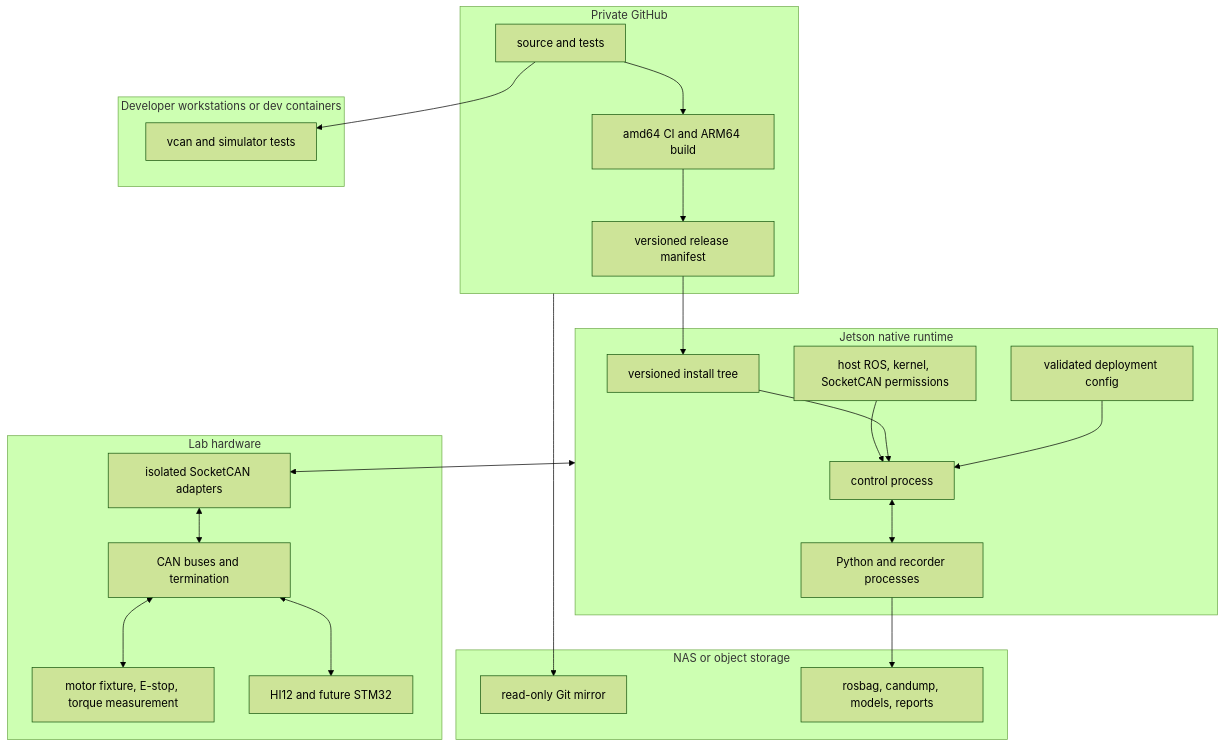
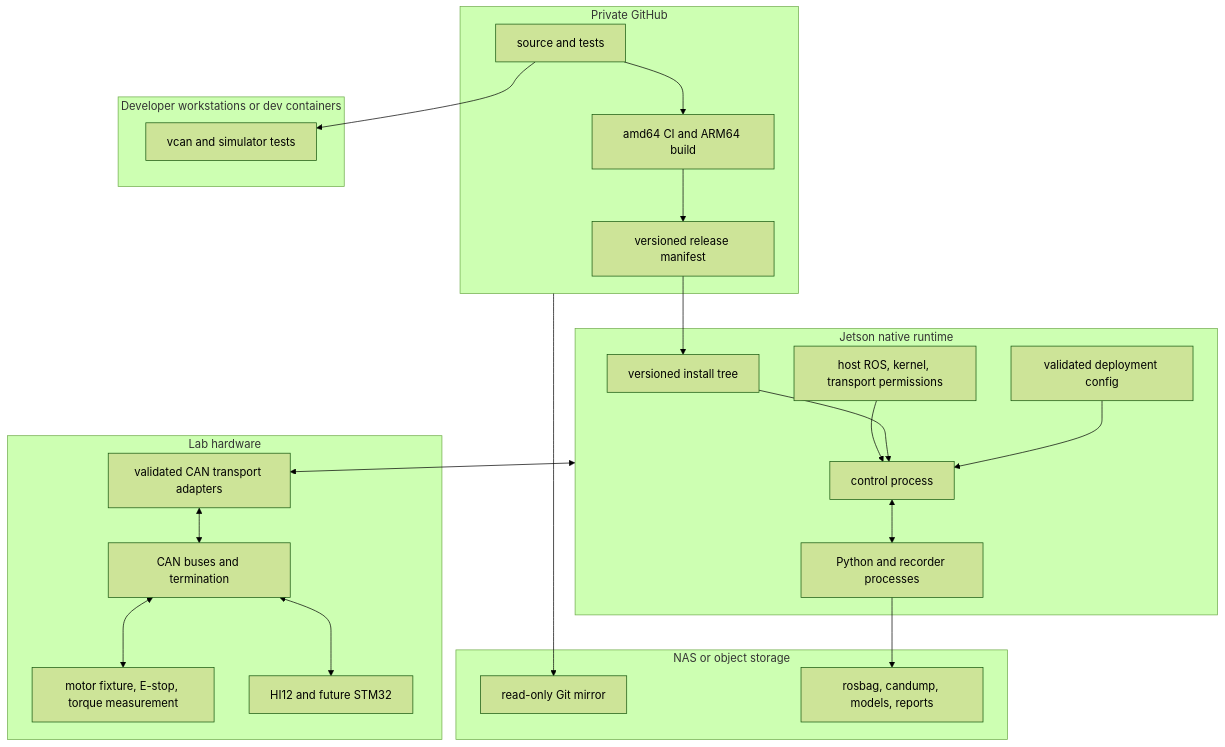
One commit to Makoto20S/jetson_mech_control changed the fifth of 5 diagrams in docs/planning/02_architecture_and_interfaces.md. Above: the diagram before and after it, drawn with Mermaid (forest theme). The commit also changed other lines of this file and 14 other files, not shown here.

````diff
--- a/docs/planning/02_architecture_and_interfaces.md
+++ b/docs/planning/02_architecture_and_interfaces.md
@@ -343,42 +349,42 @@
 ```mermaid
 flowchart TB
     subgraph GH[Private GitHub]
         SRC[source and tests]
         CI[amd64 CI and ARM64 build]
         REL[versioned release manifest]
     end
     subgraph DEV[Developer workstations or dev containers]
         VCAN[vcan and simulator tests]
     end
     subgraph JET[Jetson native runtime]
         INSTALL[versioned install tree]
         CONF[validated deployment config]
         PROC[control process]
         NP[Python and recorder processes]
-        HOST[host ROS, kernel, SocketCAN permissions]
+        HOST[host ROS, kernel, transport permissions]
         HOST --> PROC
         INSTALL --> PROC
         CONF --> PROC
         PROC <--> NP
     end
     subgraph LAB[Lab hardware]
-        ADP[isolated SocketCAN adapters]
+        ADP[validated CAN transport adapters]
         BUS[CAN buses and termination]
         RIG[motor fixture, E-stop, torque measurement]
         SENS[HI12 and future STM32]
         ADP <--> BUS
         BUS <--> RIG
         BUS <--> SENS
     end
     subgraph NAS[NAS or object storage]
         MIRROR[read-only Git mirror]
         DATA[rosbag, candump, models, reports]
     end
     SRC --> CI
     SRC --> VCAN
     CI --> REL
     REL --> INSTALL
     JET <--> ADP
     GH --> MIRROR
     NP --> DATA
 ```
````
